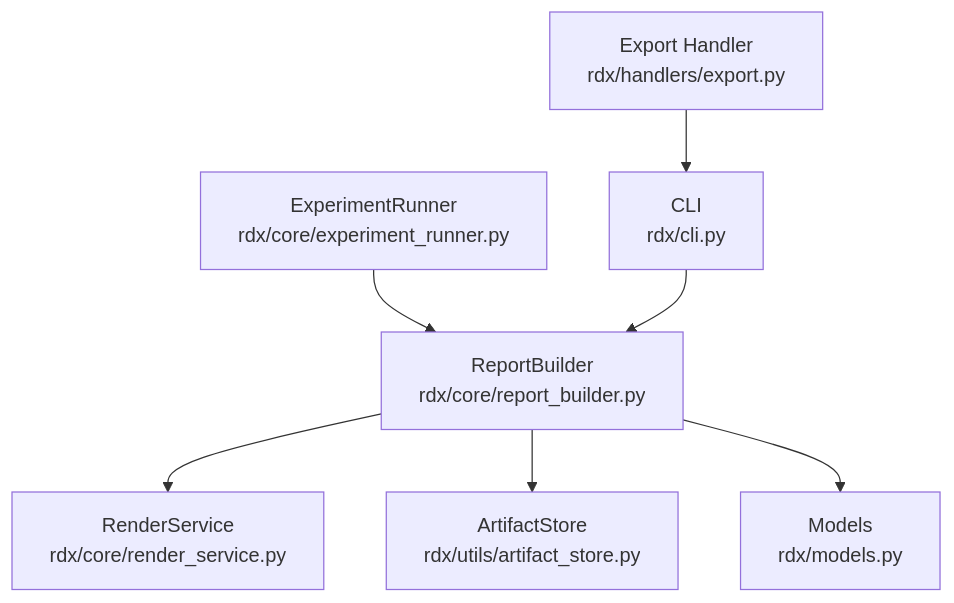
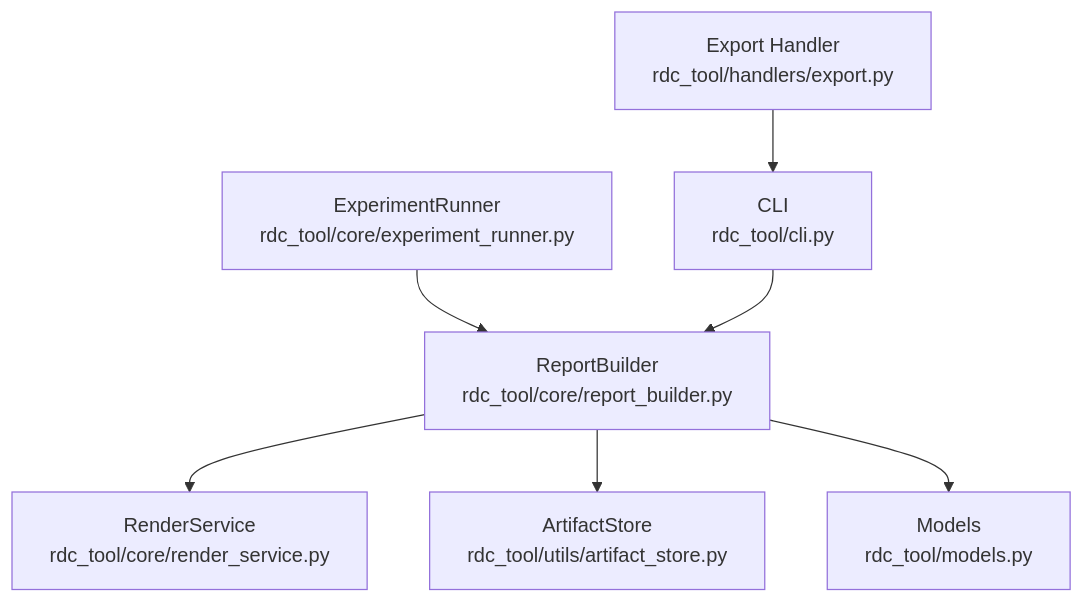
One commit to haolange/RDC-Tool changed the first of 7 diagrams in .qoder/repowiki/zh/content/核心服务/报告构建器.md. Above: the diagram before and after it, drawn with Mermaid. The commit also changed other lines of this file and 388 other files, not shown here.

First line of the commit message:
Release RDC-Tool identity and public maintenance surface

````diff
--- a/.qoder/repowiki/zh/content/核心服务/报告构建器.md
+++ b/.qoder/repowiki/zh/content/核心服务/报告构建器.md
@@ -32,9 +32,9 @@
 ```mermaid
 graph TB
-A["ReportBuilder<br/>rdx/core/report_builder.py"] --> B["RenderService<br/>rdx/core/render_service.py"]
-A --> C["ArtifactStore<br/>rdx/utils/artifact_store.py"]
-A --> D["Models<br/>rdx/models.py"]
-E["ExperimentRunner<br/>rdx/core/experiment_runner.py"] --> A
-F["Export Handler<br/>rdx/handlers/export.py"] --> G["CLI<br/>rdx/cli.py"]
+A["ReportBuilder<br/>rdc_tool/core/report_builder.py"] --> B["RenderService<br/>rdc_tool/core/render_service.py"]
+A --> C["ArtifactStore<br/>rdc_tool/utils/artifact_store.py"]
+A --> D["Models<br/>rdc_tool/models.py"]
+E["ExperimentRunner<br/>rdc_tool/core/experiment_runner.py"] --> A
+F["Export Handler<br/>rdc_tool/handlers/export.py"] --> G["CLI<br/>rdc_tool/cli.py"]
 G --> A
 ```
````
